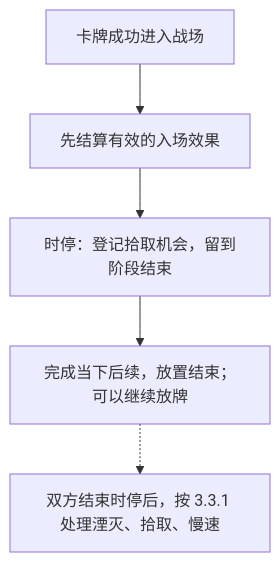
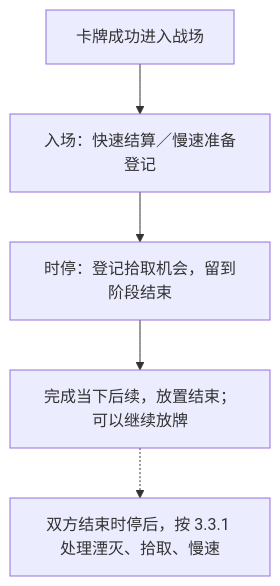
Before and after one commit to Time-Block-Hero/tbh-website: the second of 3 diagrams in docs/rules/common/actions.md, drawn with Mermaid. The commit also changed other lines of this file and 17 other files, not shown here.

````diff
--- a/docs/rules/common/actions.md
+++ b/docs/rules/common/actions.md
@@ -94,7 +94,7 @@
 ```mermaid
 flowchart TD
-  enter["卡牌成功进入战场"] --> entry["先结算有效的入场效果"]
+  enter["卡牌成功进入战场"] --> entry["入场：快速结算／慢速准备登记"]
   entry --> pickup["时停：登记拾取机会，留到阶段结束"]
   pickup --> finish["完成当下后续，放置结束；可以继续放牌"]
   finish -.-> phase["双方结束时停后，按 3.3.1 处理湮灭、拾取、慢速"]
 ```
````
